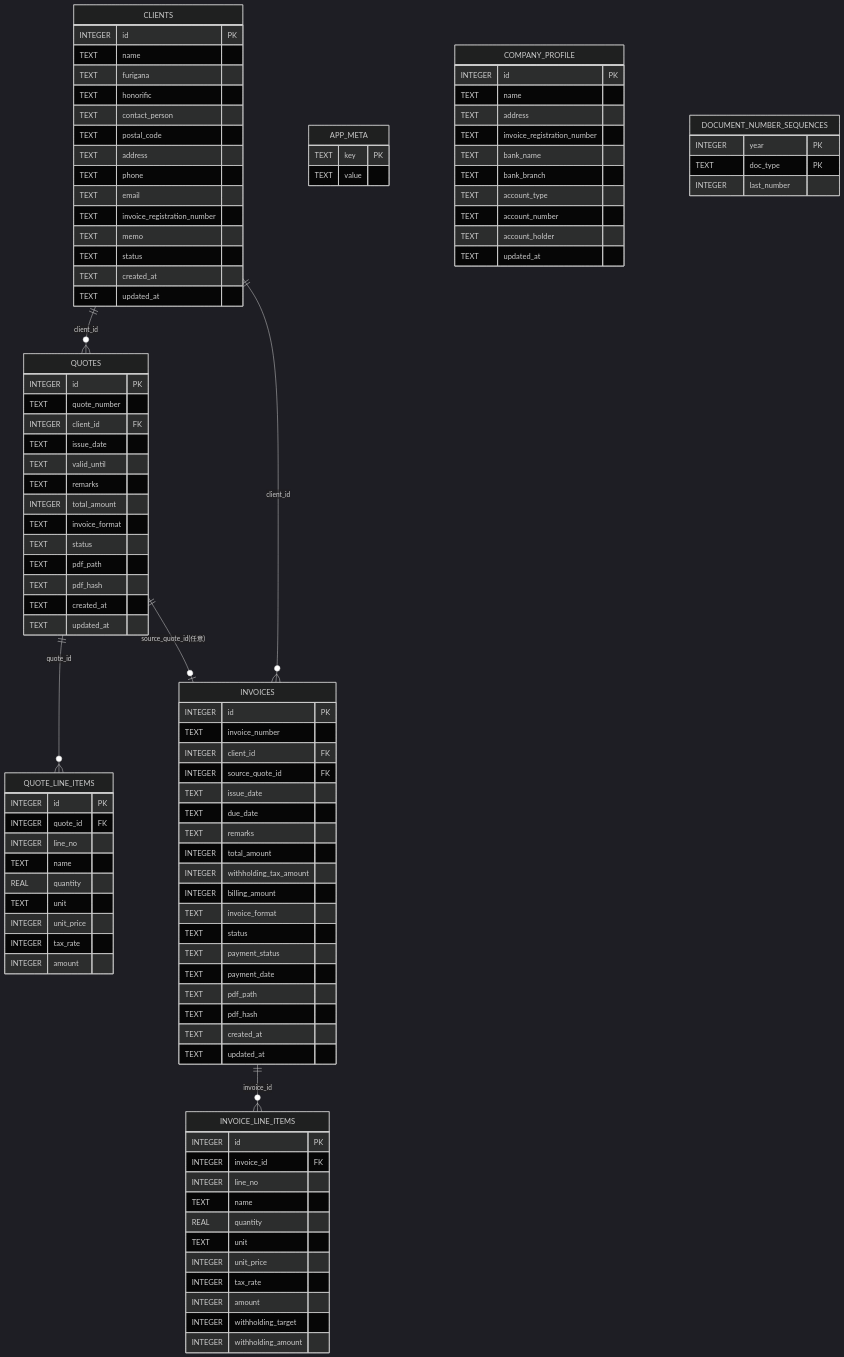
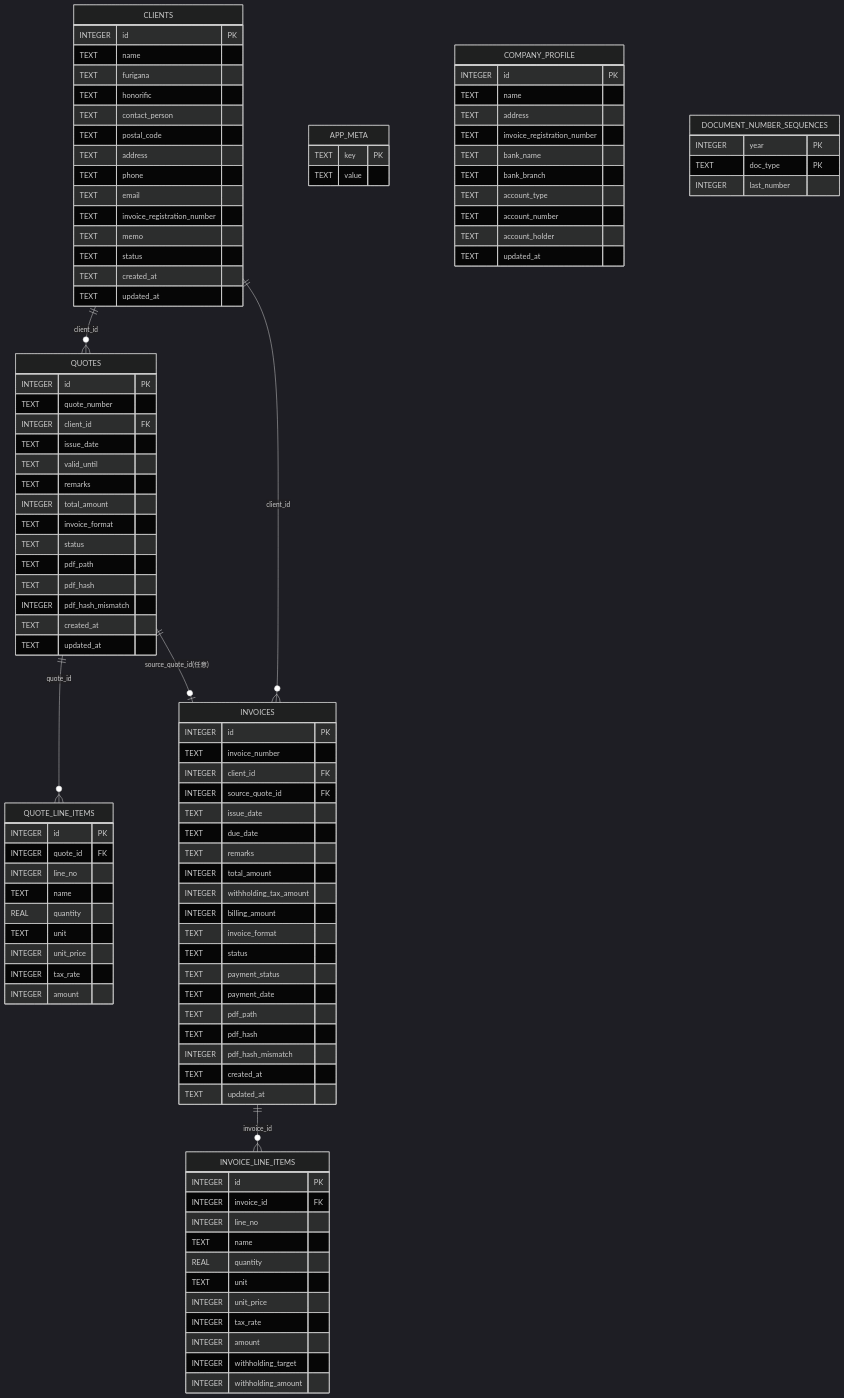
Before and after one commit to eiai00000001-cell/jimu-hub: the fourth of 4 diagrams in docs/03_architect/詳細設計書.md, drawn with Mermaid (dark theme). The commit also changed other lines of this file and 1 other file, not shown here.

First line of the commit message:
docs: include PDFs in export and settle hash policy

```diff
--- a/docs/03_architect/詳細設計書.md
+++ b/docs/03_architect/詳細設計書.md
@@ -918,6 +947,7 @@
     TEXT status
     TEXT pdf_path
     TEXT pdf_hash
+    INTEGER pdf_hash_mismatch
     TEXT created_at
     TEXT updated_at
   }
@@ -949,6 +979,7 @@
     TEXT payment_date
     TEXT pdf_path
     TEXT pdf_hash
+    INTEGER pdf_hash_mismatch
     TEXT created_at
     TEXT updated_at
   }
```
